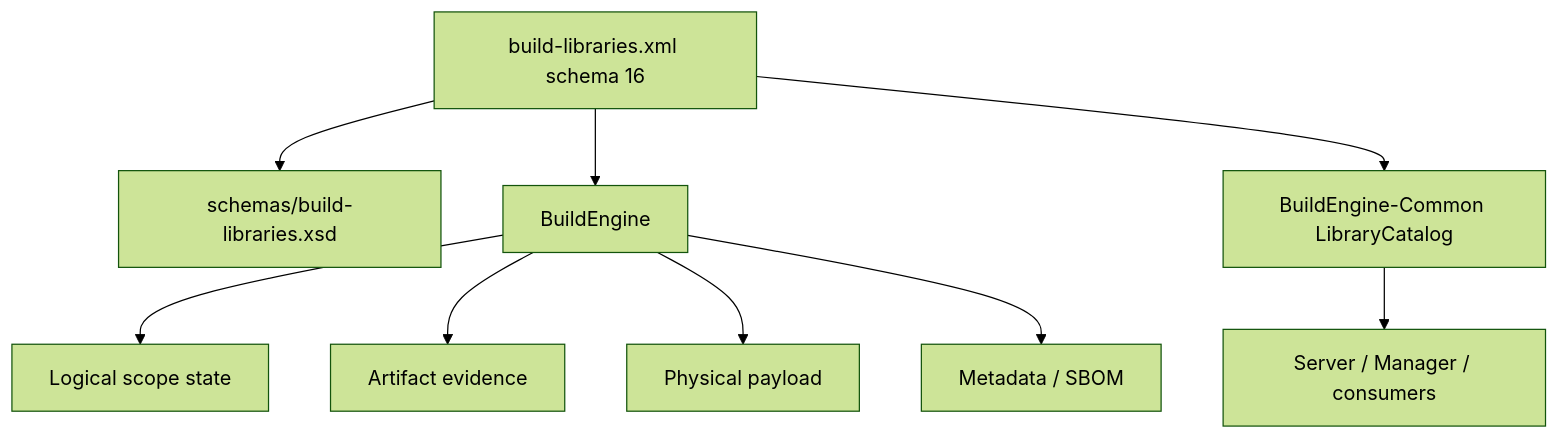
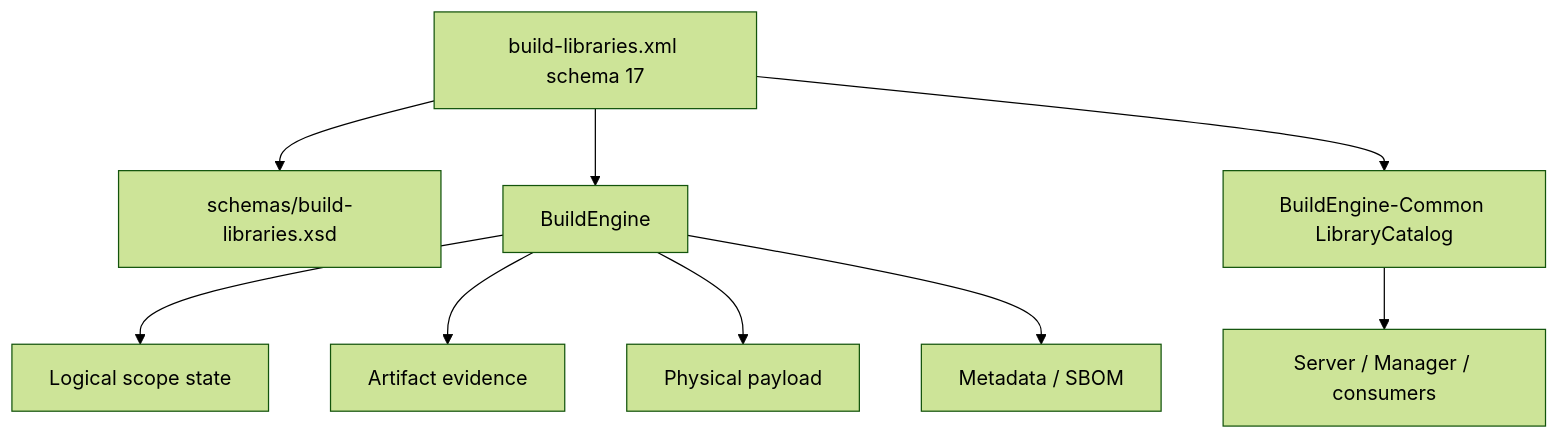
The first of 2 diagrams in admin/server-docs/build-libraries.md (adeccscholar/BuildEngine-Admin), drawn with Mermaid (forest theme) before and after one commit. The commit also changed other lines of this file and 12 other files, not shown here.

First line of the commit message:
docs(server): refresh complete documentation for Schema 17 and current BCC64X stack

````diff
--- a/admin/server-docs/build-libraries.md
+++ b/admin/server-docs/build-libraries.md
@@ -24,11 +62,11 @@
 ```mermaid
 flowchart TD
-    XML[build-libraries.xml schema 16] --> XSD[schemas/build-libraries.xsd]
+    XML[build-libraries.xml schema 17] --> XSD[schemas/build-libraries.xsd]
     XML --> BE[BuildEngine]
     XML --> C[BuildEngine-Common LibraryCatalog]
     BE --> STATE[Logical scope state]
     BE --> ART[Artifact evidence]
     BE --> PKG[Physical payload]
     BE --> META[Metadata / SBOM]
     C --> S[Server / Manager / consumers]
 ```
````
